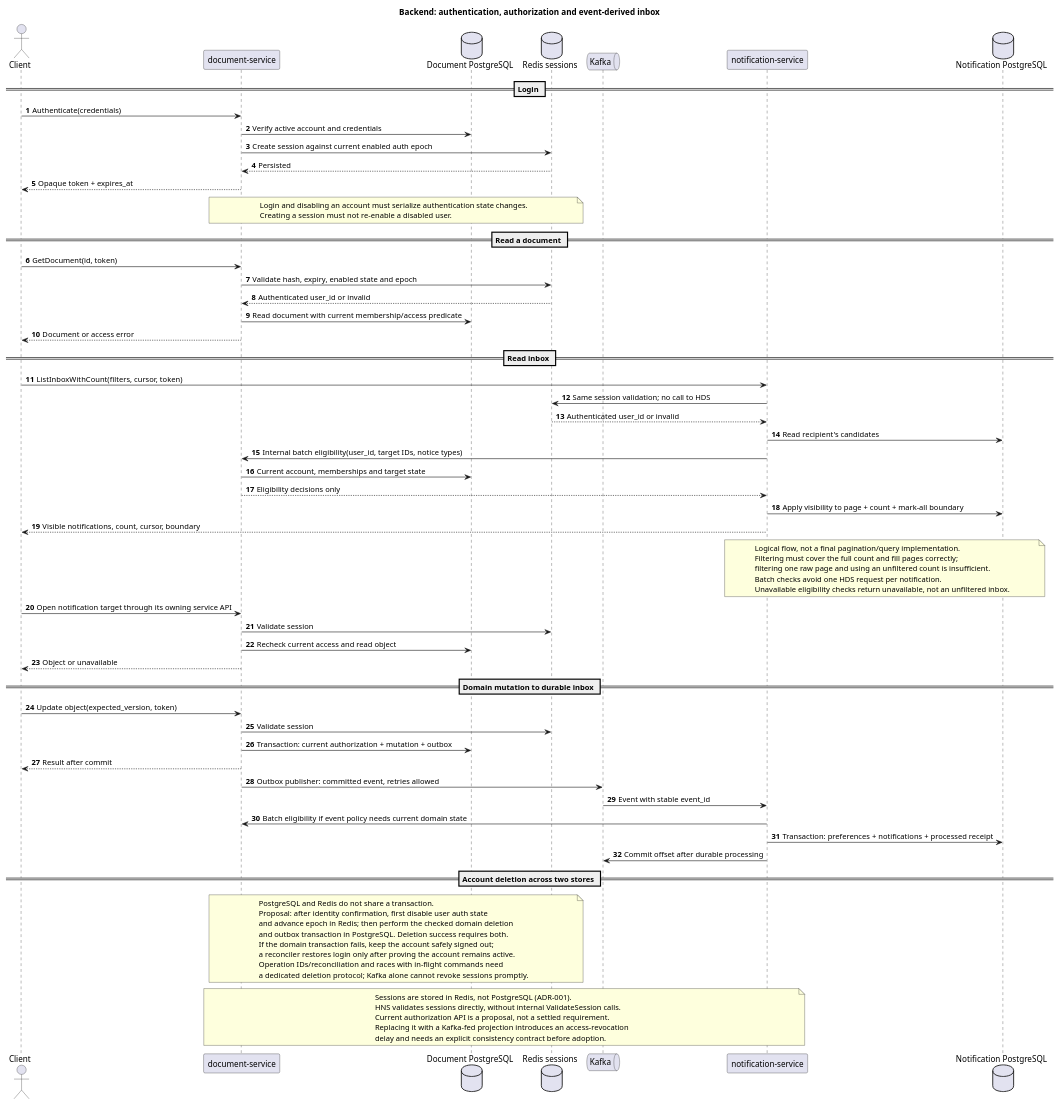
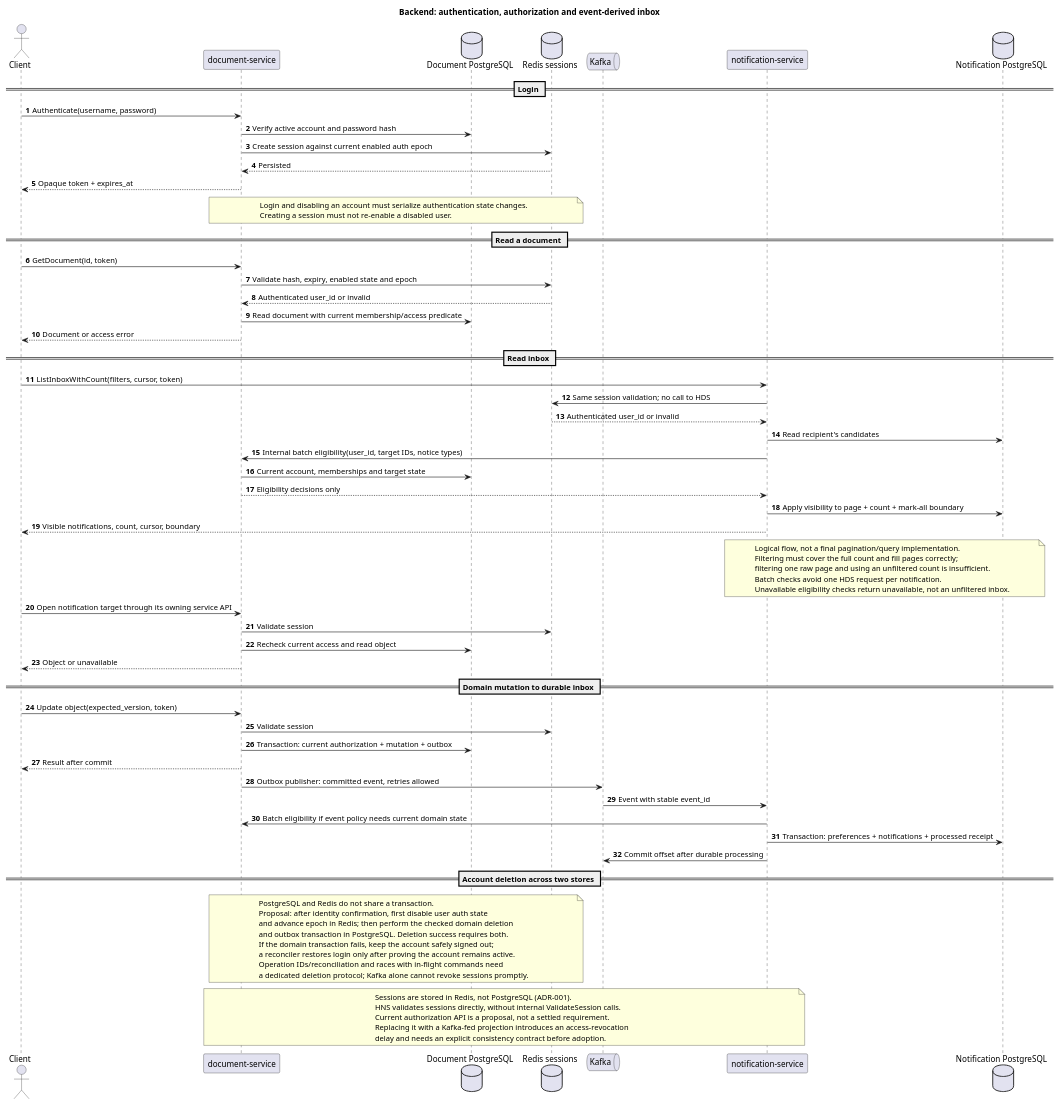
The third of 3 diagrams in arch/arch_detailed.puml (ravenclawprog/hermes), drawn with PlantUML before and after one commit. The commit also changed other lines of this file and 10 other files, not shown here.

```diff
--- a/arch/arch_detailed.puml
+++ b/arch/arch_detailed.puml
@@ -191,81 +191,81 @@
 @startuml BackendReadChannels
 title Backend: authentication, authorization and event-derived inbox
 autonumber
 actor Client
 participant "document-service" as HDS
 database "Document PostgreSQL" as Domain
 database "Redis sessions" as Redis
 queue Kafka
 participant "notification-service" as HNS
 database "Notification PostgreSQL" as Inbox
 
 == Login ==
-Client -> HDS : Authenticate(credentials)
-HDS -> Domain : Verify active account and credentials
+Client -> HDS : Authenticate(username, password)
+HDS -> Domain : Verify active account and password hash
 HDS -> Redis : Create session against current enabled auth epoch
 Redis --> HDS : Persisted
 HDS --> Client : Opaque token + expires_at
 note over HDS, Redis
   Login and disabling an account must serialize authentication state changes.
   Creating a session must not re-enable a disabled user.
 end note
 
 == Read a document ==
 Client -> HDS : GetDocument(id, token)
 HDS -> Redis : Validate hash, expiry, enabled state and epoch
 Redis --> HDS : Authenticated user_id or invalid
 HDS -> Domain : Read document with current membership/access predicate
 HDS --> Client : Document or access error
 
 == Read inbox ==
 Client -> HNS : ListInboxWithCount(filters, cursor, token)
 HNS -> Redis : Same session validation; no call to HDS
 Redis --> HNS : Authenticated user_id or invalid
 HNS -> Inbox : Read recipient's candidates
 HNS -> HDS : Internal batch eligibility(user_id, target IDs, notice types)
 HDS -> Domain : Current account, memberships and target state
 HDS --> HNS : Eligibility decisions only
 HNS -> Inbox : Apply visibility to page + count + mark-all boundary
 HNS --> Client : Visible notifications, count, cursor, boundary
 note over HNS, Inbox
   Logical flow, not a final pagination/query implementation.
   Filtering must cover the full count and fill pages correctly;
   filtering one raw page and using an unfiltered count is insufficient.
   Batch checks avoid one HDS request per notification.
   Unavailable eligibility checks return unavailable, not an unfiltered inbox.
 end note
 Client -> HDS : Open notification target through its owning service API
 HDS -> Redis : Validate session
 HDS -> Domain : Recheck current access and read object
 HDS --> Client : Object or unavailable
 
 == Domain mutation to durable inbox ==
 Client -> HDS : Update object(expected_version, token)
 HDS -> Redis : Validate session
 HDS -> Domain : Transaction: current authorization + mutation + outbox
 HDS --> Client : Result after commit
 HDS -> Kafka : Outbox publisher: committed event, retries allowed
 Kafka -> HNS : Event with stable event_id
 HNS -> HDS : Batch eligibility if event policy needs current domain state
 HNS -> Inbox : Transaction: preferences + notifications + processed receipt
 HNS -> Kafka : Commit offset after durable processing
 
 == Account deletion across two stores ==
 note over HDS, Redis
   PostgreSQL and Redis do not share a transaction.
   Proposal: after identity confirmation, first disable user auth state
   and advance epoch in Redis; then perform the checked domain deletion
   and outbox transaction in PostgreSQL. Deletion success requires both.
   If the domain transaction fails, keep the account safely signed out;
   a reconciler restores login only after proving the account remains active.
   Operation IDs/reconciliation and races with in-flight commands need
   a dedicated deletion protocol; Kafka alone cannot revoke sessions promptly.
 end note
 note over HDS, HNS
   Sessions are stored in Redis, not PostgreSQL (ADR-001).
   HNS validates sessions directly, without internal ValidateSession calls.
   Current authorization API is a proposal, not a settled requirement.
   Replacing it with a Kafka-fed projection introduces an access-revocation
   delay and needs an explicit consistency contract before adoption.
 end note
 @enduml
```
